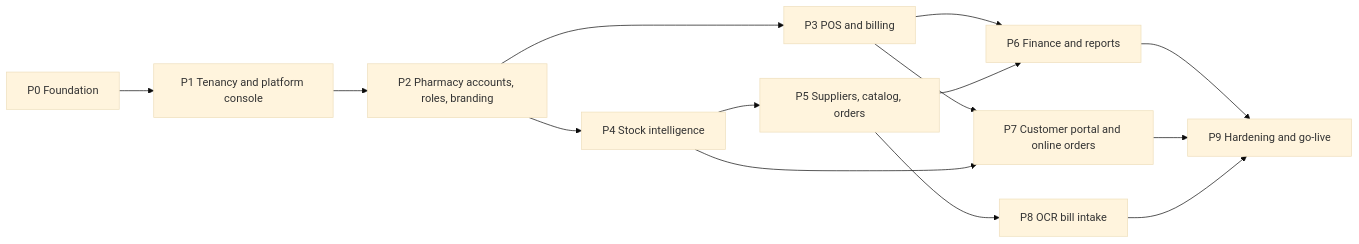
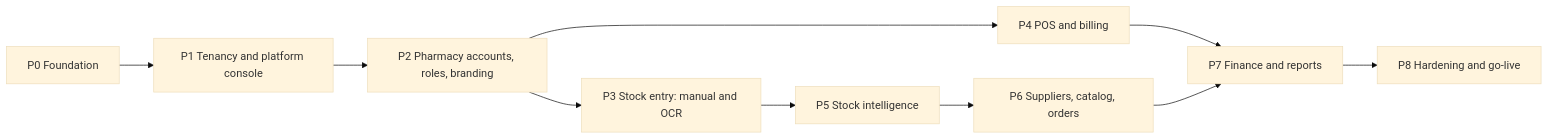
One commit to sudais-khalid/pharmacy-crm changed the diagram in docs/plan/05-roadmap.md. Above: the diagram before and after it, drawn with Mermaid (base theme). The commit also changed other lines of this file, not shown here.

First line of the commit message:
Reorder roadmap with stock entry and OCR as Phase 3

````diff
--- a/docs/plan/05-roadmap.md
+++ b/docs/plan/05-roadmap.md
@@ -7,16 +9,12 @@
 ```mermaid
 flowchart LR
   P0[P0 Foundation] --> P1[P1 Tenancy and platform console]
   P1 --> P2[P2 Pharmacy accounts, roles, branding]
-  P2 --> P3[P3 POS and billing]
-  P2 --> P4[P4 Stock intelligence]
-  P4 --> P5[P5 Suppliers, catalog, orders]
-  P3 --> P6[P6 Finance and reports]
-  P5 --> P6
-  P3 --> P7[P7 Customer portal and online orders]
-  P4 --> P7
-  P5 --> P8[P8 OCR bill intake]
-  P6 --> P9[P9 Hardening and go-live]
-  P7 --> P9
-  P8 --> P9
+  P2 --> P3[P3 Stock entry: manual and OCR]
+  P2 --> P4[P4 POS and billing]
+  P3 --> P5[P5 Stock intelligence]
+  P5 --> P6[P6 Suppliers, catalog, orders]
+  P4 --> P7[P7 Finance and reports]
+  P6 --> P7
+  P7 --> P8[P8 Hardening and go-live]
 ```
````
